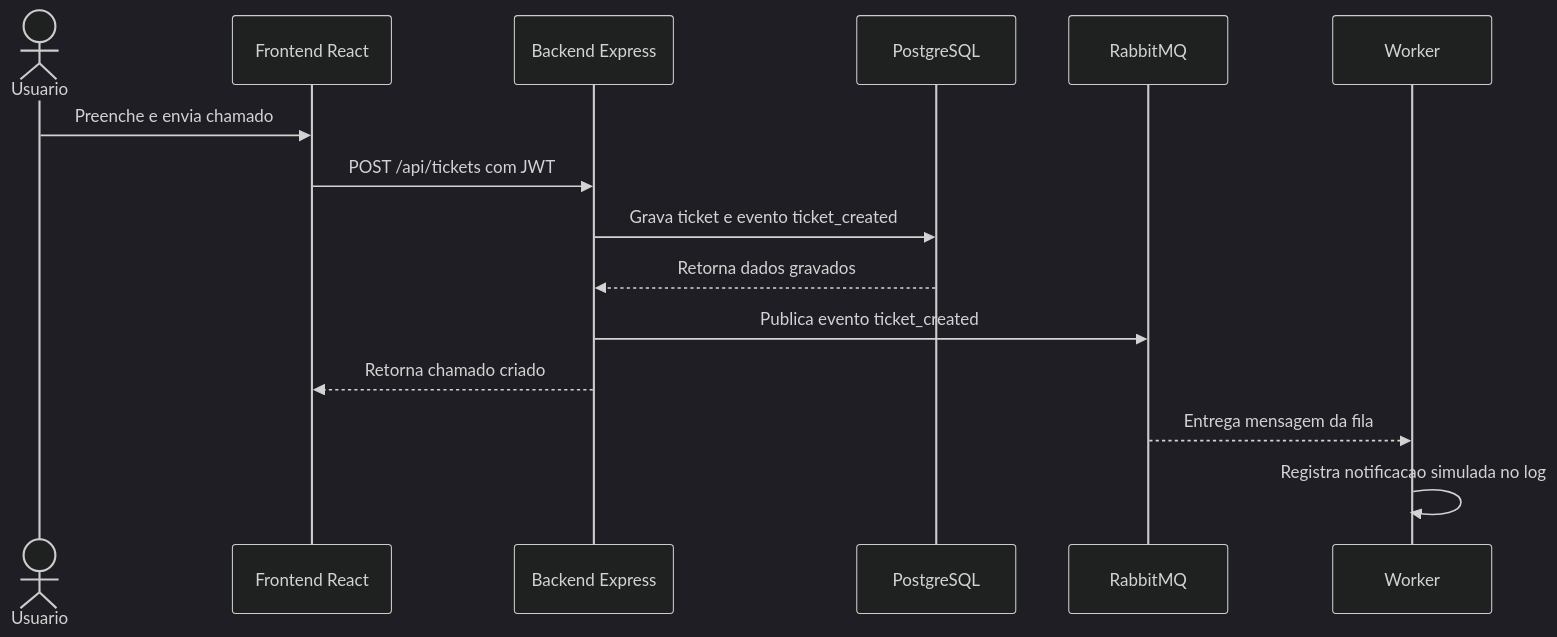
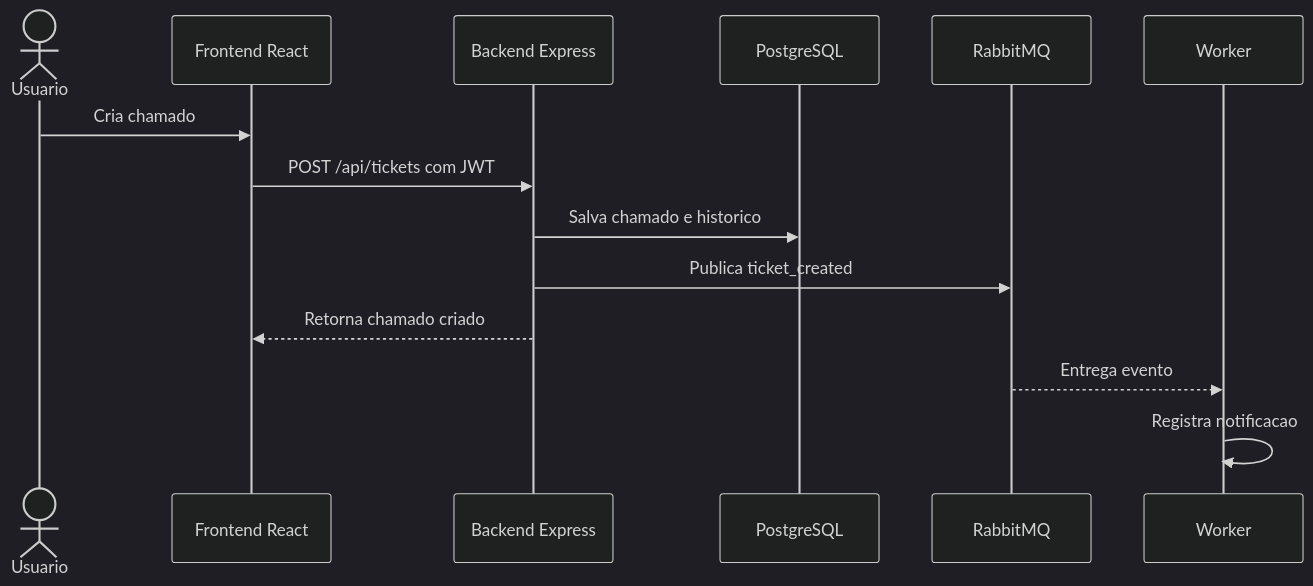
One commit to leoguimaraes49/projeto-integrador-chamados changed the second of 3 diagrams in docs/arquitetura/diagrama-arquitetura.md. Above: the diagram before and after it, drawn with Mermaid (dark theme). The commit also changed other lines of this file, not shown here.

Commit message:
docs(architecture): simplify deployment view

````diff
--- a/docs/arquitetura/diagrama-arquitetura.md
+++ b/docs/arquitetura/diagrama-arquitetura.md
@@ -36,18 +34,17 @@
 ```mermaid
 sequenceDiagram
   actor U as Usuario
   participant F as Frontend React
   participant A as Backend Express
   participant D as PostgreSQL
   participant R as RabbitMQ
   participant W as Worker
 
-  U->>F: Preenche e envia chamado
+  U->>F: Cria chamado
   F->>A: POST /api/tickets com JWT
-  A->>D: Grava ticket e evento ticket_created
-  D-->>A: Retorna dados gravados
-  A->>R: Publica evento ticket_created
+  A->>D: Salva chamado e historico
+  A->>R: Publica ticket_created
   A-->>F: Retorna chamado criado
-  R-->>W: Entrega mensagem da fila
-  W->>W: Registra notificacao simulada no log
+  R-->>W: Entrega evento
+  W->>W: Registra notificacao
 ```
````
